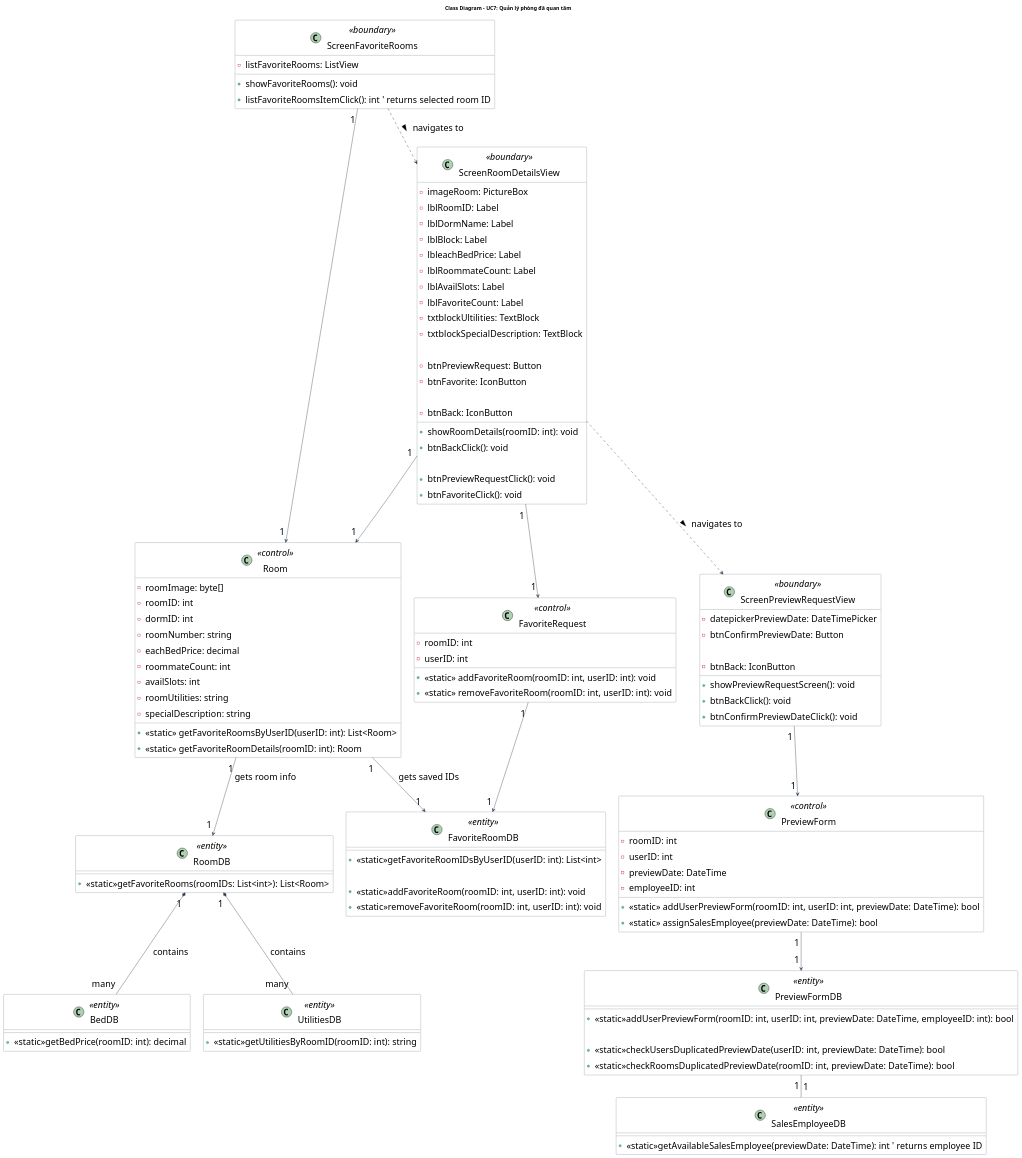
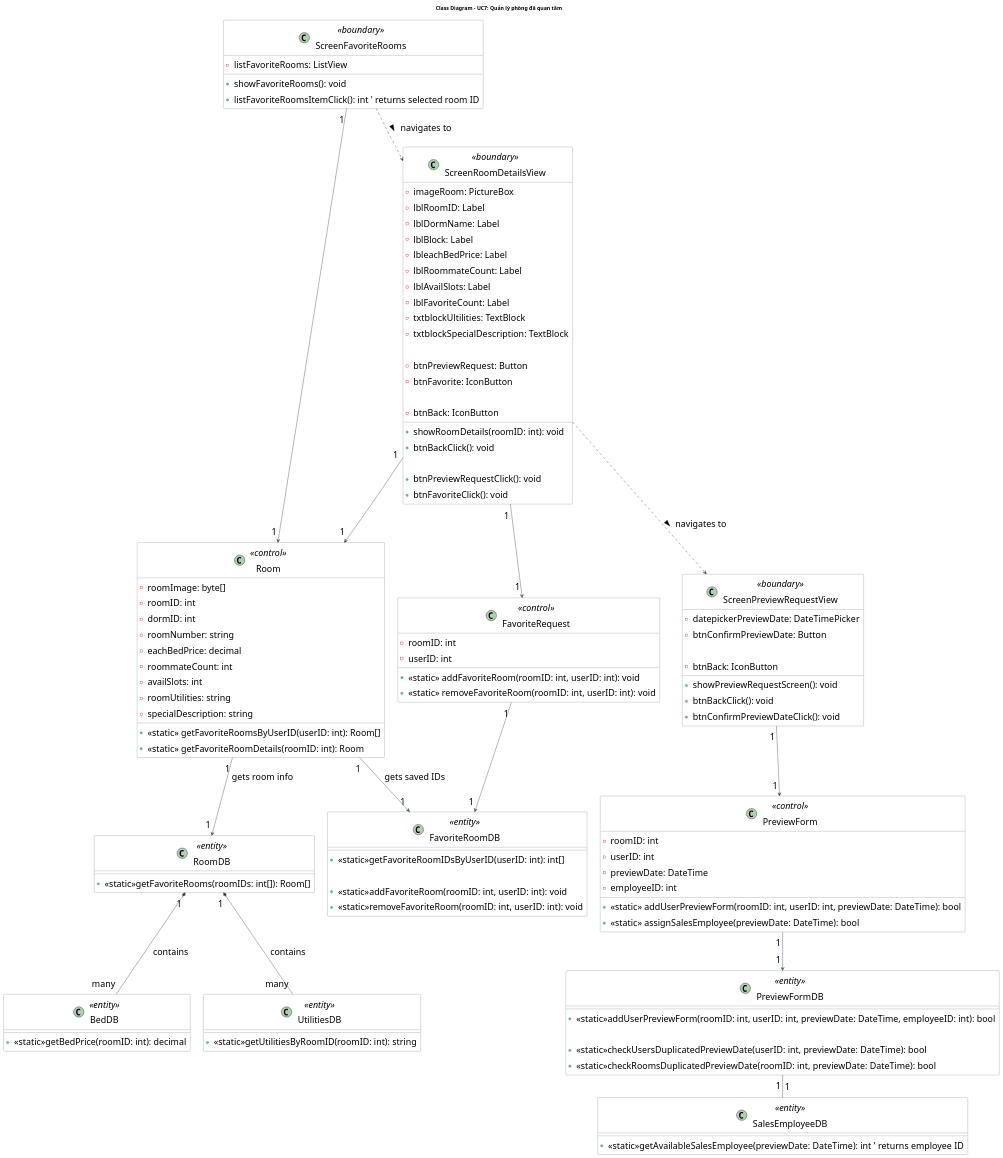
Before and after one commit to Gnourt812005/HCMUS-Analyze-and-desgin-IS: the diagram in doc/system/quan_ly_phong_da_quan_tam/QuanLyPhongDaQuanTam_ClassDiagram.wsd, drawn with PlantUML. The commit also changed 2 other files, not shown here.

Commit message:
quangdo/diagram: updated some diagrams

```diff
--- a/doc/system/quan_ly_phong_da_quan_tam/QuanLyPhongDaQuanTam_ClassDiagram.wsd
+++ b/doc/system/quan_ly_phong_da_quan_tam/QuanLyPhongDaQuanTam_ClassDiagram.wsd
@@ -1,148 +1,148 @@
 @startuml QuanLyPhongDaQuanTam_ClassDiagram
 title Class Diagram - UC7: Quản lý phòng đã quan tâm
 
 ' --- STYLE CONFIGURATION ---
 skinparam {
     ClassBackgroundColor White
     ClassBorderColor #2D3E50
     ArrowColor #2D3E50
     DefaultFontName "Arial"
     DefaultFontSize 24
     Padding 5
 }
 
 ' --- BOUNDARY LAYER ---
 class "ScreenFavoriteRooms" as FavoriteManagementScreen <<boundary>> {
     - listFavoriteRooms: ListView
 
     + showFavoriteRooms(): void
     + listFavoriteRoomsItemClick(): int ' returns selected room ID
 }
 
 class "ScreenRoomDetailsView" as ScreenRoomDetailsView <<boundary>> {
     - imageRoom: PictureBox
     - lblRoomID: Label
     - lblDormName: Label
     - lblBlock: Label
     - lbleachBedPrice: Label
     - lblRoommateCount: Label
     - lblAvailSlots: Label
     - lblFavoriteCount: Label
     - txtblockUltilities: TextBlock
     - txtblockSpecialDescription: TextBlock
 
     - btnPreviewRequest: Button
     - btnFavorite: IconButton
 
     - btnBack: IconButton
 
     + showRoomDetails(roomID: int): void
     + btnBackClick(): void
 
     + btnPreviewRequestClick(): void
     + btnFavoriteClick(): void
 }
 
 class "ScreenPreviewRequestView" as ScreenPreviewRequestView <<boundary>> {
     - datepickerPreviewDate: DateTimePicker
     - btnConfirmPreviewDate: Button
 
     - btnBack: IconButton
 
     + showPreviewRequestScreen(): void
     + btnBackClick(): void
     + btnConfirmPreviewDateClick(): void
 }
 
 ' --- BUSINESS LAYER ---
 class "Room" as Room <<control>> {
     - roomImage: byte[]
     - roomID: int
     - dormID: int
     - roomNumber: string
     - eachBedPrice: decimal
     - roommateCount: int
     - availSlots: int
     - roomUtilities: string
     - specialDescription: string
 
-    + <<static>> getFavoriteRoomsByUserID(userID: int): List<Room>
+    + <<static>> getFavoriteRoomsByUserID(userID: int): Room[]
     + <<static>> getFavoriteRoomDetails(roomID: int): Room
 }
 
 class "FavoriteRequest" as FavoriteRequest <<control>> {
     - roomID: int
     - userID: int
 
     + <<static>> addFavoriteRoom(roomID: int, userID: int): void
     + <<static>> removeFavoriteRoom(roomID: int, userID: int): void
 }
 
 class "PreviewForm" as PreviewForm <<control>> {
     - roomID: int
     - userID: int
     - previewDate: DateTime
     - employeeID: int
 
     + <<static>> addUserPreviewForm(roomID: int, userID: int, previewDate: DateTime): bool
     + <<static>> assignSalesEmployee(previewDate: DateTime): bool
 }
 
 ' --- DATABASE LAYER ---
 class "RoomDB" as RoomDB <<entity>> {
-    + <<static>>getFavoriteRooms(roomIDs: List<int>): List<Room>
+    + <<static>>getFavoriteRooms(roomIDs: int[]): Room[]
 }
 
 class "UtilitiesDB" as UtilitiesDB <<entity>> {
     + <<static>>getUtilitiesByRoomID(roomID: int): string
 }
 
 class "BedDB" as BedDB <<entity>> {
     + <<static>>getBedPrice(roomID: int): decimal
 }
 
 class "FavoriteRoomDB" as FavoriteDB <<entity>> {
-    + <<static>>getFavoriteRoomIDsByUserID(userID: int): List<int>
+    + <<static>>getFavoriteRoomIDsByUserID(userID: int): int[]
 
     + <<static>>addFavoriteRoom(roomID: int, userID: int): void
     + <<static>>removeFavoriteRoom(roomID: int, userID: int): void
 }
 
 class "PreviewFormDB" as PreviewDB <<entity>> {
     + <<static>>addUserPreviewForm(roomID: int, userID: int, previewDate: DateTime, employeeID: int): bool
 
     + <<static>>checkUsersDuplicatedPreviewDate(userID: int, previewDate: DateTime): bool
     + <<static>>checkRoomsDuplicatedPreviewDate(roomID: int, previewDate: DateTime): bool
 }
 
 class "SalesEmployeeDB" as SalesEmployeeDB <<entity>> {
     + <<static>>getAvailableSalesEmployee(previewDate: DateTime): int ' returns employee ID
 }
 
 ' --- RELATIONSHIPS ---
 
 ' 1. Screen flows (Navigation)
 FavoriteManagementScreen ..> ScreenRoomDetailsView : "navigates to >"
 ScreenRoomDetailsView ..> ScreenPreviewRequestView : "navigates to >"
 
 ' 2. Boundary to Business connections
 FavoriteManagementScreen "1" --> "1" Room
 
 ScreenRoomDetailsView "1" --> "1" Room
 ScreenRoomDetailsView "1" --> "1" FavoriteRequest
 
 ScreenPreviewRequestView "1" --> "1" PreviewForm
 
 ' 3. Business to Database connections
 Room "1" --> "1" FavoriteDB : "gets saved IDs"
 Room "1" --> "1" RoomDB : "gets room info"
 
 FavoriteRequest "1" --> "1" FavoriteDB
 PreviewForm "1" --> "1" PreviewDB
 
 ' 4. Entity / Database dependencies
 RoomDB "1" *-- "many" UtilitiesDB : contains
 RoomDB "1" *-- "many" BedDB : contains
 PreviewDB "1" -- "1" SalesEmployeeDB
 
 @enduml
```
